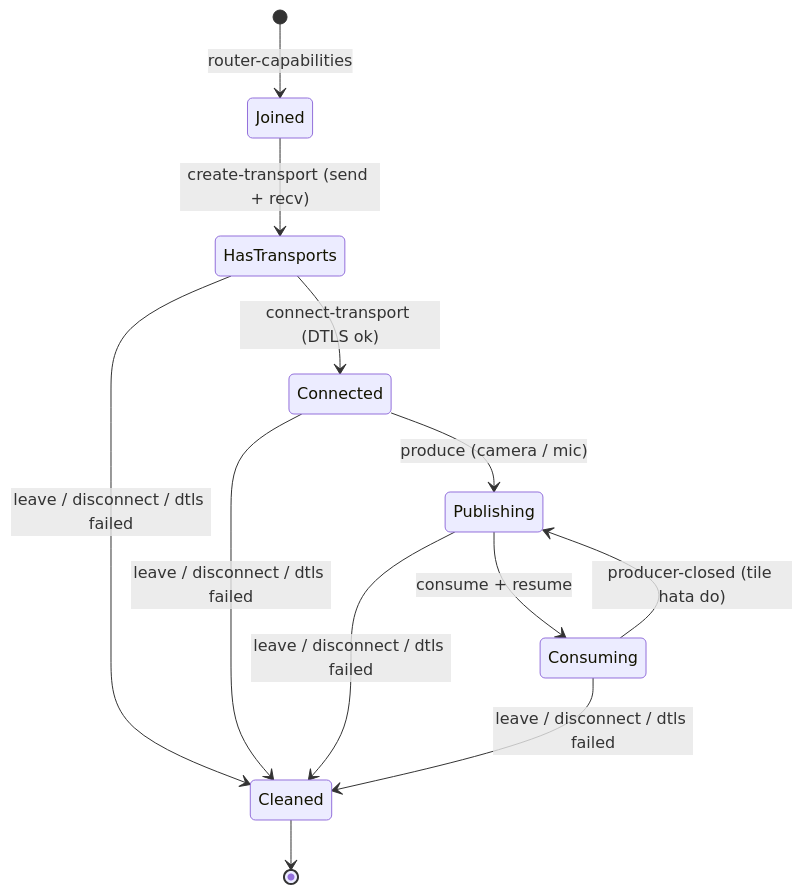
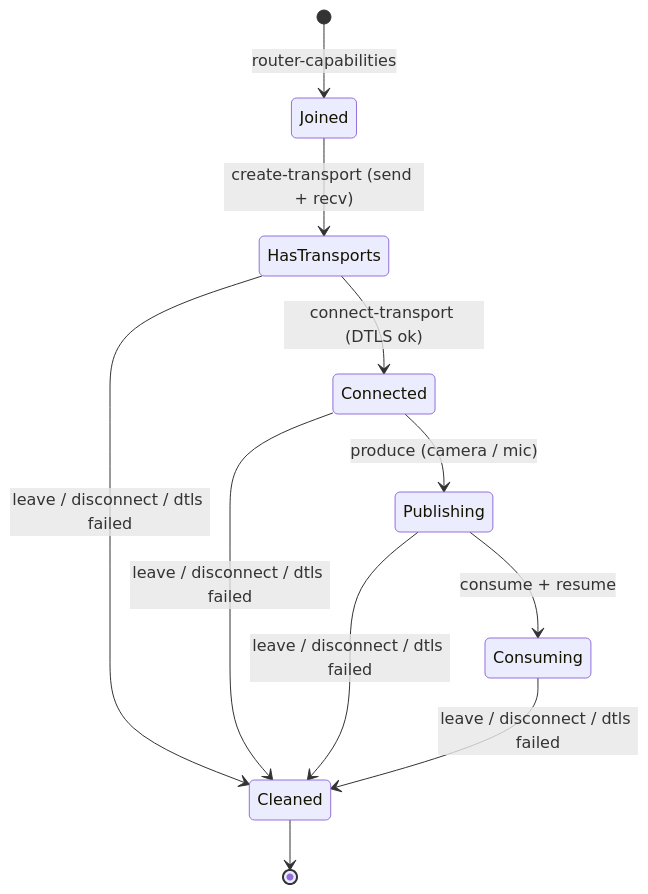
One commit to INDIAN-MEET/GOOGLE_MEET changed the second of 3 diagrams in services/sfu-service/md/Phase_9sfu_progress.MD. Above: the diagram before and after it, drawn with Mermaid. The commit also changed other lines of this file, not shown here.

````diff
--- a/services/sfu-service/md/Phase_9sfu_progress.MD
+++ b/services/sfu-service/md/Phase_9sfu_progress.MD
@@ -556,14 +224,13 @@
 ```mermaid
 stateDiagram-v2
     [*] --> Joined: router-capabilities
     Joined --> HasTransports: create-transport (send + recv)
     HasTransports --> Connected: connect-transport (DTLS ok)
     Connected --> Publishing: produce (camera / mic)
     Publishing --> Consuming: consume + resume
-    Consuming --> Publishing: producer-closed (tile hata do)
     HasTransports --> Cleaned: leave / disconnect / dtls failed
     Connected --> Cleaned: leave / disconnect / dtls failed
     Publishing --> Cleaned: leave / disconnect / dtls failed
     Consuming --> Cleaned: leave / disconnect / dtls failed
     Cleaned --> [*]
 ```
````
